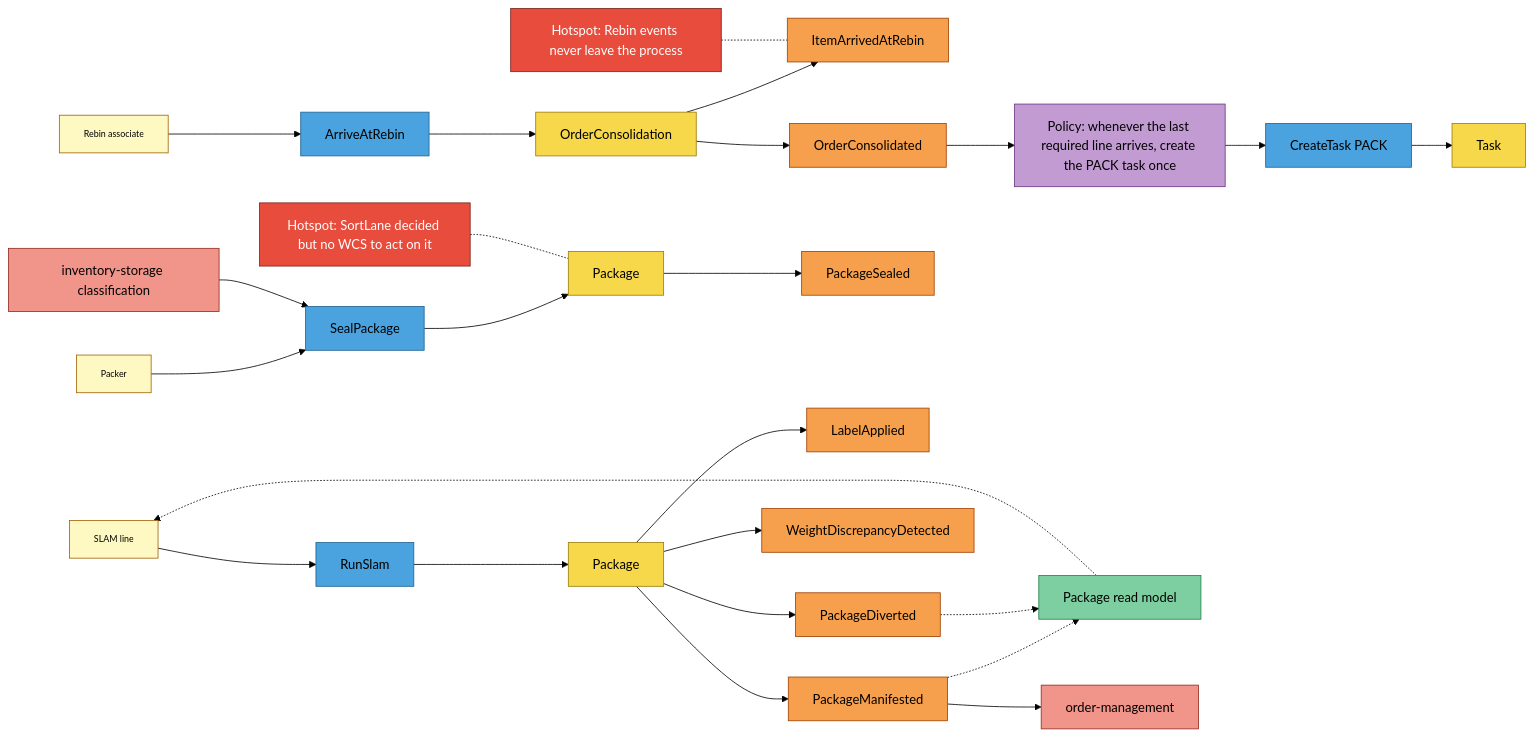
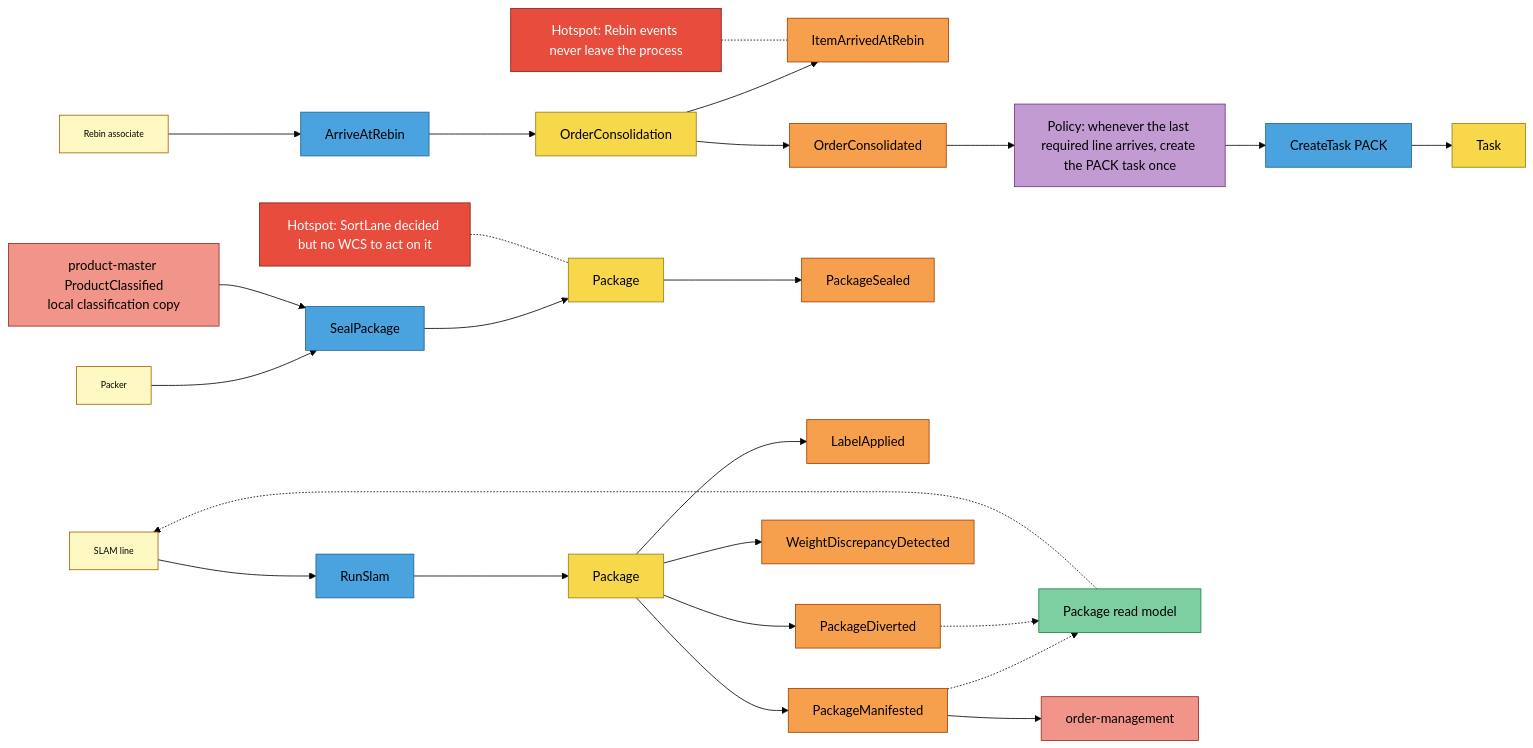
The third of 4 diagrams in docs/contexts/fulfillment-execution/eventstorming.md (IQVO/warehouse-docs), drawn with Mermaid (forest theme) before and after one commit. The commit also changed 119 other files, not shown here.

Commit message:
docs: re-sync specs, packs and AsyncAPI from the fleet's develop after the product-master docs refresh

````diff
--- a/docs/contexts/fulfillment-execution/eventstorming.md
+++ b/docs/contexts/fulfillment-execution/eventstorming.md
@@ -110,53 +110,53 @@
 ```mermaid
 flowchart LR
     RB["Rebin associate"]:::actor
     C1["ArriveAtRebin"]:::command
     OC["OrderConsolidation"]:::aggregate
     E1["ItemArrivedAtRebin"]:::event
     E2["OrderConsolidated"]:::event
     P1["Policy: whenever the last required line arrives, create the PACK task once"]:::policy
     C2["CreateTask PACK"]:::command
     T1["Task"]:::aggregate
     PK["Packer"]:::actor
     C3["SealPackage"]:::command
-    IS["inventory-storage classification"]:::external
+    IS["product-master ProductClassified<br/>local classification copy"]:::external
     PG["Package"]:::aggregate
     E3["PackageSealed"]:::event
     SL["SLAM line"]:::actor
     C4["RunSlam"]:::command
     PG2["Package"]:::aggregate
     E4["LabelApplied"]:::event
     E5["PackageManifested"]:::event
     E6["WeightDiscrepancyDetected"]:::event
     E7["PackageDiverted"]:::event
     RM["Package read model"]:::readmodel
     OM["order-management"]:::external
     H1["Hotspot: Rebin events never leave the process"]:::hotspot
     H2["Hotspot: SortLane decided but no WCS to act on it"]:::hotspot
 
     RB --> C1 --> OC --> E1
     OC --> E2
     E2 --> P1 --> C2 --> T1
     PK --> C3 --> PG --> E3
     IS --> C3
     SL --> C4 --> PG2
     PG2 --> E4
     PG2 --> E5
     PG2 --> E6
     PG2 --> E7
     E5 --> OM
     E5 -.-> RM
     E7 -.-> RM
     RM -.-> SL
     H1 -.- E1
     H2 -.- PG
 
     classDef actor fill:#fef9c3,stroke:#a16207,color:#000,font-size:11px
     classDef command fill:#4aa3df,stroke:#1f6391,color:#000
     classDef aggregate fill:#f7d84a,stroke:#9a7d0a,color:#000
     classDef event fill:#f6a04d,stroke:#a04000,color:#000
     classDef policy fill:#c39bd3,stroke:#6c3483,color:#000
     classDef readmodel fill:#7dcea0,stroke:#1e8449,color:#000
     classDef external fill:#f1948a,stroke:#922b21,color:#000
     classDef hotspot fill:#e74c3c,stroke:#7b241c,color:#fff
 ```
````
